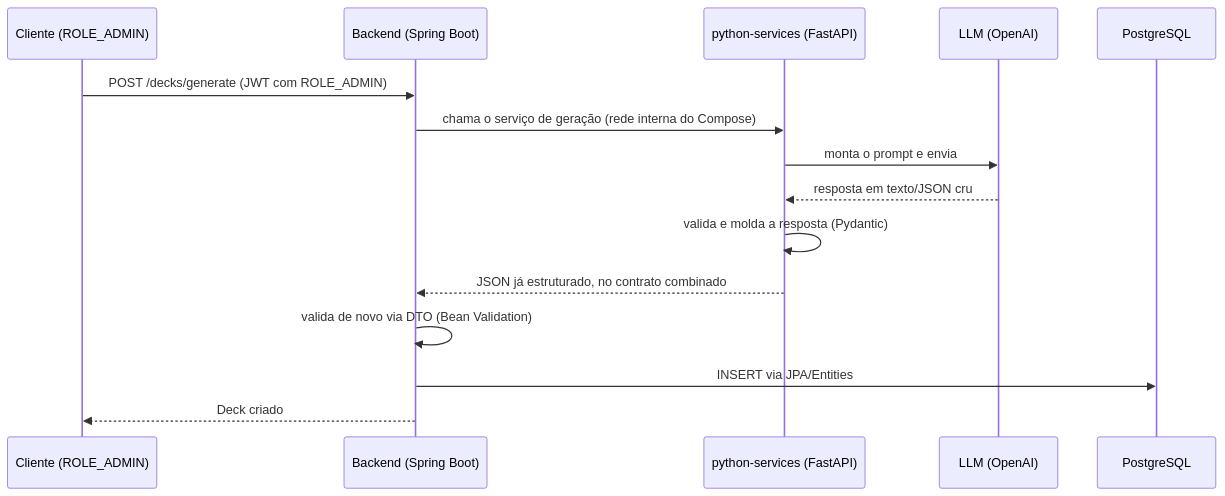
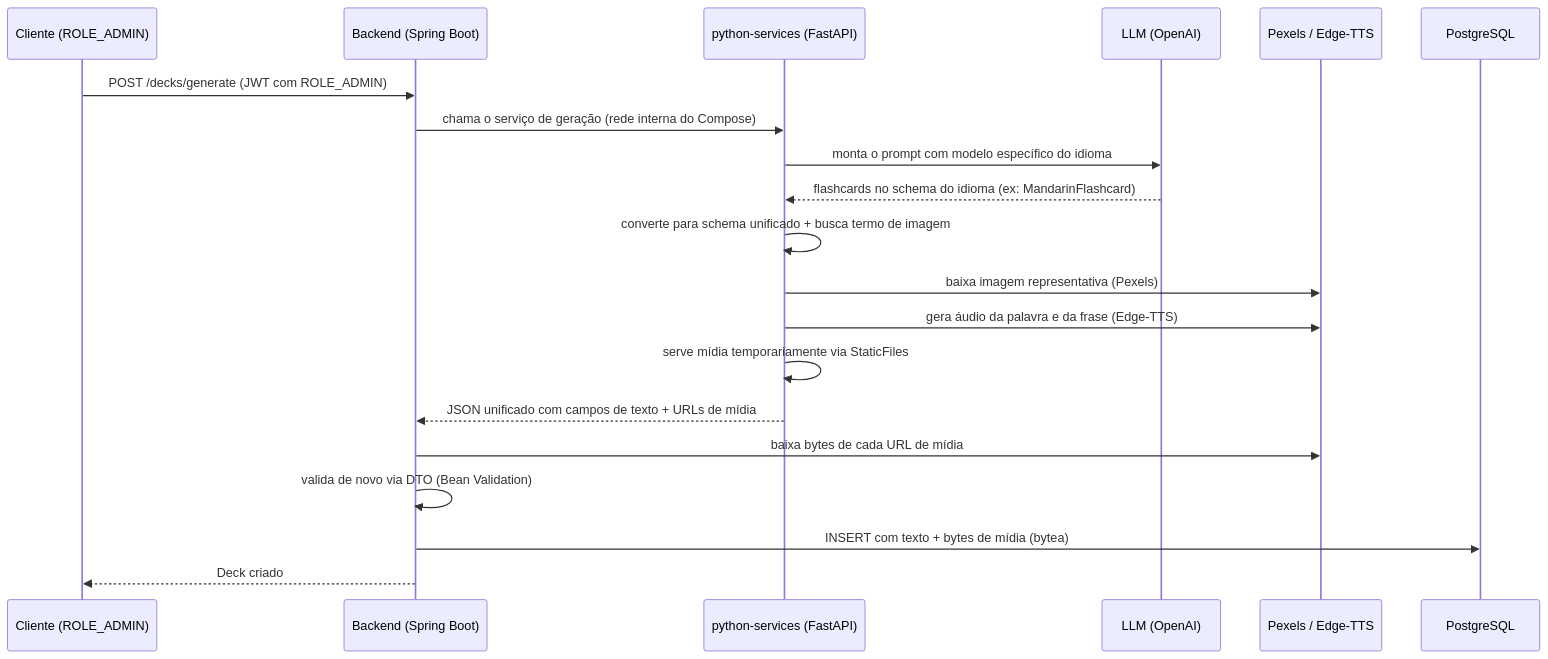
The fourth of 4 diagrams in docs/ARCHITECTURE.md (Julia-Amadio/ProjetoFlashcards), drawn with Mermaid before and after one commit. The commit also changed other lines of this file, not shown here.

Commit message:
refactor: updated ARCHITECTURE.md

````diff
--- a/docs/ARCHITECTURE.md
+++ b/docs/ARCHITECTURE.md
@@ -299,18 +325,23 @@
 ```mermaid
 sequenceDiagram
     participant C as Cliente (ROLE_ADMIN)
     participant J as Backend (Spring Boot)
     participant P as python-services (FastAPI)
     participant L as LLM (OpenAI)
+    participant M as Pexels / Edge-TTS
     participant DB as PostgreSQL
 
     C->>J: POST /decks/generate (JWT com ROLE_ADMIN)
     J->>P: chama o serviço de geração (rede interna do Compose)
-    P->>L: monta o prompt e envia
-    L-->>P: resposta em texto/JSON cru
-    P->>P: valida e molda a resposta (Pydantic)
-    P-->>J: JSON já estruturado, no contrato combinado
+    P->>L: monta o prompt com modelo específico do idioma
+    L-->>P: flashcards no schema do idioma (ex: MandarinFlashcard)
+    P->>P: converte para schema unificado + busca termo de imagem
+    P->>M: baixa imagem representativa (Pexels)
+    P->>M: gera áudio da palavra e da frase (Edge-TTS)
+    P->>P: serve mídia temporariamente via StaticFiles
+    P-->>J: JSON unificado com campos de texto + URLs de mídia
+    J->>M: baixa bytes de cada URL de mídia
     J->>J: valida de novo via DTO (Bean Validation)
-    J->>DB: INSERT via JPA/Entities
+    J->>DB: INSERT com texto + bytes de mídia (bytea)
     J-->>C: Deck criado
 ```
````
